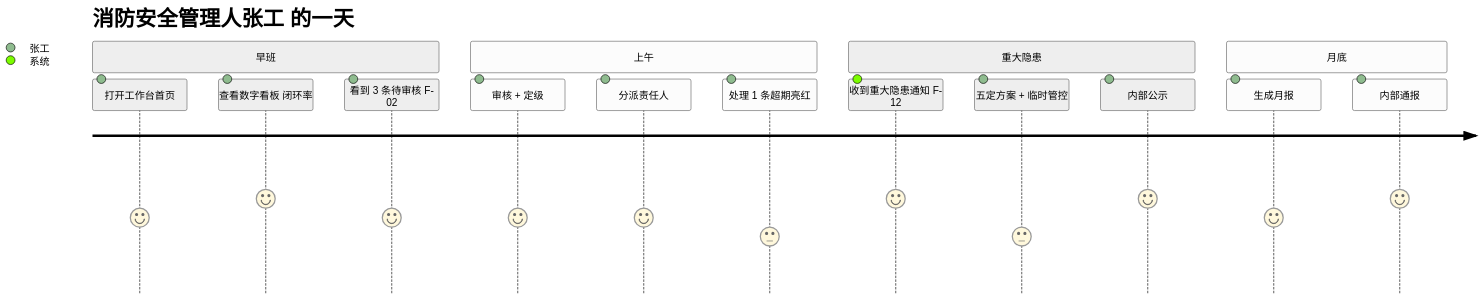
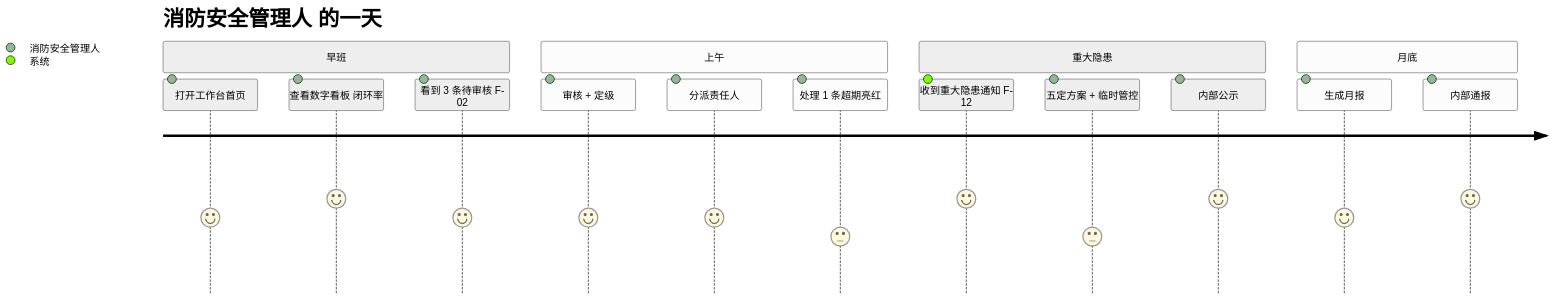
Before and after one commit to LiSunny/SaaS_Demo: the sixth of 8 diagrams in docs/隐患管理/biz-design-大纲.md, drawn with Mermaid (neutral theme). The commit also changed other lines of this file and 1 other file, not shown here.

````diff
--- a/docs/隐患管理/biz-design-大纲.md
+++ b/docs/隐患管理/biz-design-大纲.md
@@ -424,19 +424,19 @@
 ```mermaid
 journey
-    title 消防安全管理人张工 的一天
+    title 消防安全管理人 的一天
     section 早班
-      打开工作台首页: 4: 张工
-      查看数字看板 闭环率: 5: 张工
-      看到 3 条待审核 F-02: 4: 张工
+      打开工作台首页: 4: 消防安全管理人
+      查看数字看板 闭环率: 5: 消防安全管理人
+      看到 3 条待审核 F-02: 4: 消防安全管理人
     section 上午
-      审核 + 定级: 4: 张工
-      分派责任人: 4: 张工
-      处理 1 条超期亮红: 3: 张工
+      审核 + 定级: 4: 消防安全管理人
+      分派责任人: 4: 消防安全管理人
+      处理 1 条超期亮红: 3: 消防安全管理人
     section 重大隐患
       收到重大隐患通知 F-12: 5: 系统
-      五定方案 + 临时管控: 3: 张工
-      内部公示: 5: 张工
+      五定方案 + 临时管控: 3: 消防安全管理人
+      内部公示: 5: 消防安全管理人
     section 月底
-      生成月报: 4: 张工
-      内部通报: 5: 张工
+      生成月报: 4: 消防安全管理人
+      内部通报: 5: 消防安全管理人
 ```
````
